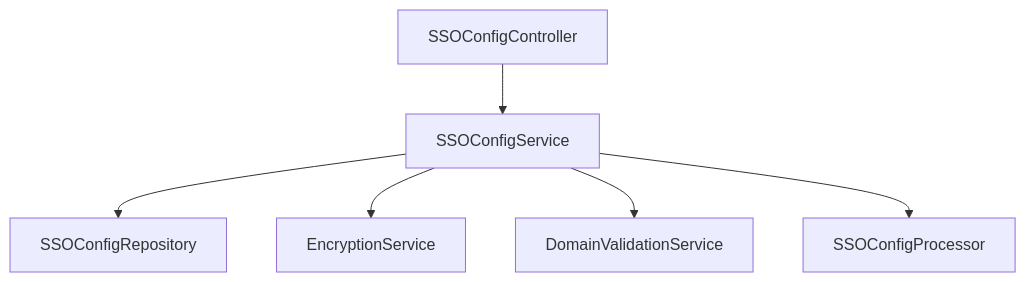
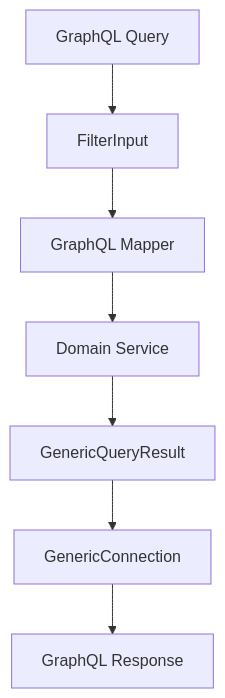
The third of 4 diagrams in docs/reference/architecture/api-service-core/api-service-core.md (flamingo-stack/openframe-oss-lib), drawn with Mermaid before and after one commit. The commit also changed other lines of this file and 172 other files, not shown here.

````diff
--- a/docs/reference/architecture/api-service-core/api-service-core.md
+++ b/docs/reference/architecture/api-service-core/api-service-core.md
@@ -233,8 +258,9 @@
 ```mermaid
 flowchart TD
-    Controller["SSOConfigController"] --> Service["SSOConfigService"]
-    Service --> Repo["SSOConfigRepository"]
-    Service --> Encrypt["EncryptionService"]
-    Service --> DomainVal["DomainValidationService"]
-    Service --> Processor["SSOConfigProcessor"]
+    Query["GraphQL Query"] --> Filter["FilterInput"]
+    Filter --> Mapper["GraphQL Mapper"]
+    Mapper --> Service["Domain Service"]
+    Service --> QueryResult["GenericQueryResult"]
+    QueryResult --> Connection["GenericConnection"]
+    Connection --> Response["GraphQL Response"]
 ```
````
